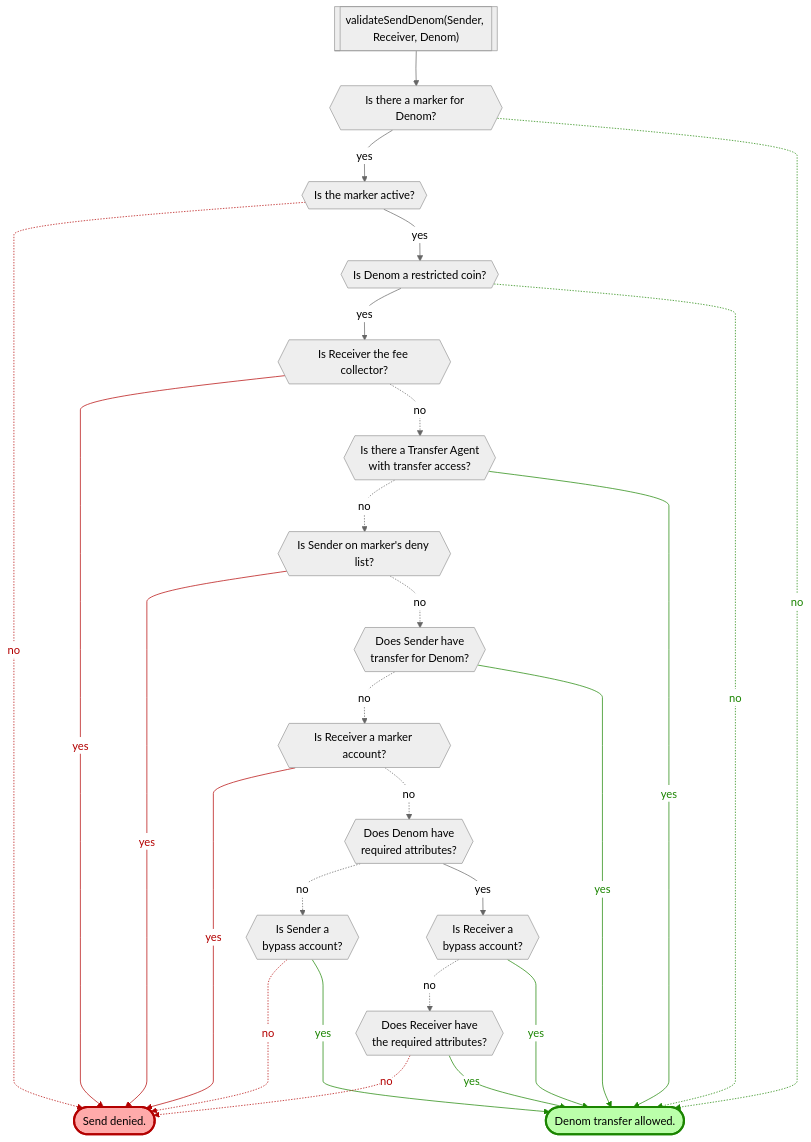
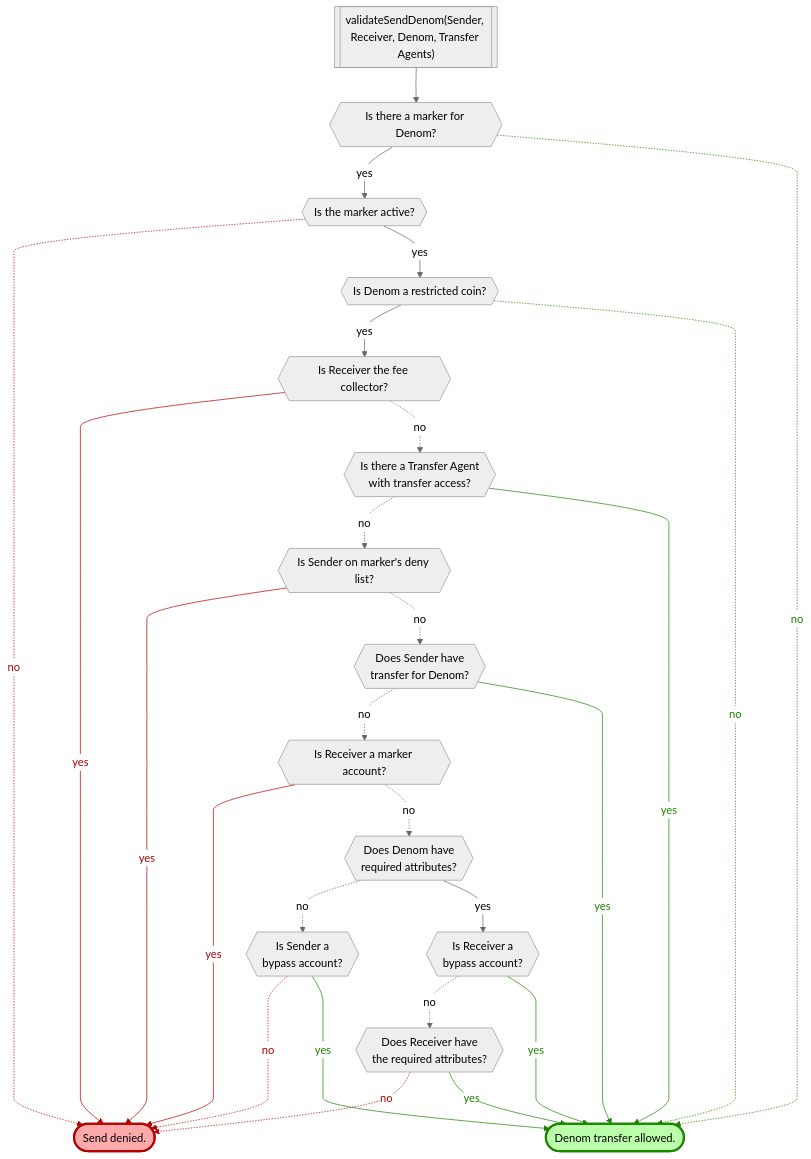
The fourth of 8 diagrams in x/marker/spec/12_transfers.md (provenance-io/provenance), drawn with Mermaid (neutral theme) before and after one commit. The commit also changed other lines of this file, not shown here.

Commit message:
[2137]: Update marker flowcharts to reflect the possibility of multiple admins.

````diff
--- a/x/marker/spec/12_transfers.md
+++ b/x/marker/spec/12_transfers.md
@@ -221,49 +218,49 @@
 ```mermaid
 %%{ init: { 'flowchart': { 'curve': 'monotoneY'} } }%%
 flowchart TD
-    start[["validateSendDenom(Sender, Receiver, Denom)"]]
+    start[["validateSendDenom(Sender, Receiver, Denom, Transfer Agents)"]]
     isdm{{"Is there a marker for Denom?"}}
     isma{{"Is the marker active?"}}
     qisrc{{"Is Denom a restricted coin?"}}
     qistofc{{"Is Receiver the fee collector?"}}
     ista{{"Is there a Transfer Agent\nwith transfer access?"}}
     qisdeny{{"Is Sender on marker's deny list?"}}
     qhastrans{{"Does Sender have\ntransfer for Denom?"}}
     qisdep{{"Is Receiver a marker account?"}}
     qmhasattr{{"Does Denom have\nrequired attributes?"}}
     qissbp{{"Is Sender a\nbypass account?"}}
     qisrbp{{"Is Receiver a\nbypass account?"}}
     qrhasattr{{"Does Receiver have\nthe required attributes?"}}
     ok(["Denom transfer allowed."])
     style ok fill:#bbffaa,stroke:#1b8500,stroke-width:3px
     denied(["Send denied."])
     style denied fill:#ffaaaa,stroke:#b30000,stroke-width:3px
     start --> isdm
     isdm -->|yes| isma
     isdm -.->|no| ok
     isma -.->|no| denied
     isma -->|yes| qisrc
     qisrc -->|yes| qistofc
     qisrc -.->|no| ok
     qistofc -->|yes| denied
     qistofc -.->|no| ista
     ista -.->|no| qisdeny
     ista -->|yes| ok
     qisdeny -->|yes| denied
     qisdeny -.->|no| qhastrans
     qhastrans -.->|no| qisdep
     qhastrans -->|yes| ok
     qisdep -->|yes| denied
     qisdep -.->|no| qmhasattr
     qmhasattr -.->|no| qissbp
     qmhasattr -->|yes| qisrbp
     qissbp -..->|no| denied
     qissbp --->|yes| ok
     qisrbp -.->|no| qrhasattr
     qisrbp -->|yes| ok
     qrhasattr -.->|no| denied
     qrhasattr -->|yes| ok
 
     linkStyle 3,7,11,15,19,23 stroke:#b30000,color:#b30000
     linkStyle 2,6,10,14,20,22,24 stroke:#1b8500,color:#1b8500
 ```
````
